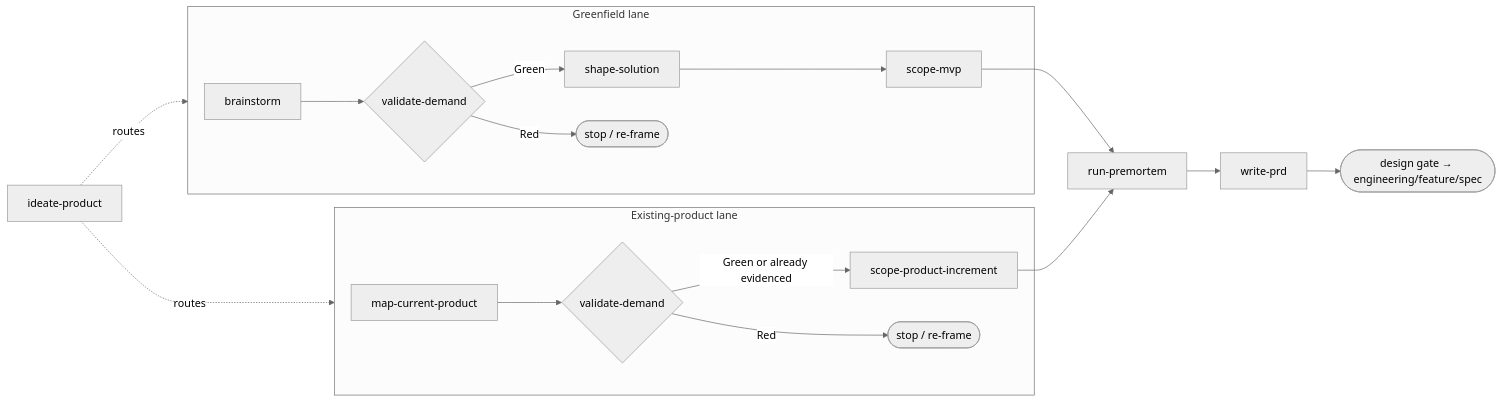
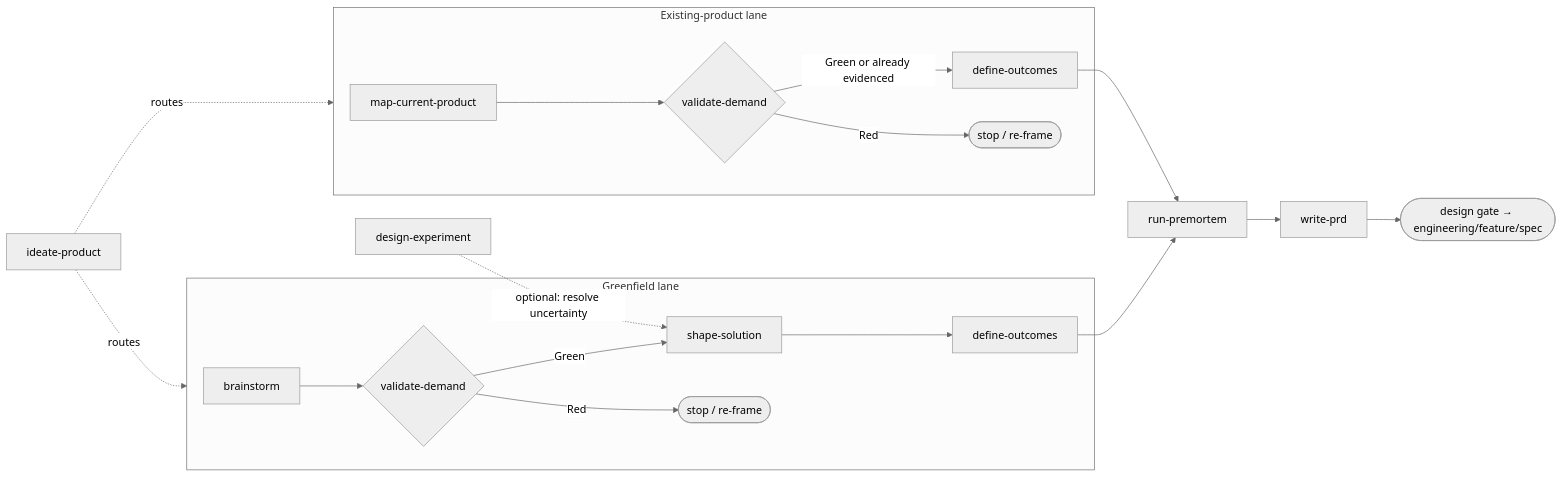
The diagram in system/skills-src/product/README.md (XinheLIU/agent-coding-skills), drawn with Mermaid (neutral theme) before and after one commit. The commit also changed other lines of this file and 14 other files, not shown here.

First line of the commit message:
Redesign product definition skills: introduce define-outcomes and design-experiment

````diff
--- a/system/skills-src/product/README.md
+++ b/system/skills-src/product/README.md
@@ -14,17 +14,18 @@
 ```mermaid
 flowchart LR
     subgraph GF["Greenfield lane"]
         BR[brainstorm] --> VD{validate-demand}
-        VD -->|Green| DS[shape-solution] --> SM[scope-mvp]
+        VD -->|Green| DS[shape-solution] --> DO[define-outcomes]
         VD -->|Red| STOP([stop / re-frame])
     end
     subgraph EP["Existing-product lane"]
         MCP[map-current-product] --> VDI{validate-demand}
-        VDI -->|Green or already evidenced| SPI[scope-product-increment]
+        VDI -->|Green or already evidenced| DOI[define-outcomes]
         VDI -->|Red| STOP2([stop / re-frame])
     end
-    SM --> PM[run-premortem]
-    SPI --> PM
+    DE[design-experiment] -.->|optional: resolve uncertainty| DS
+    DO --> PM[run-premortem]
+    DOI --> PM
     PM --> PRD[write-prd] --> ENG(["design gate → engineering/feature/spec"])
     IP[ideate-product] -.->|routes| GF & EP
 ```
````
